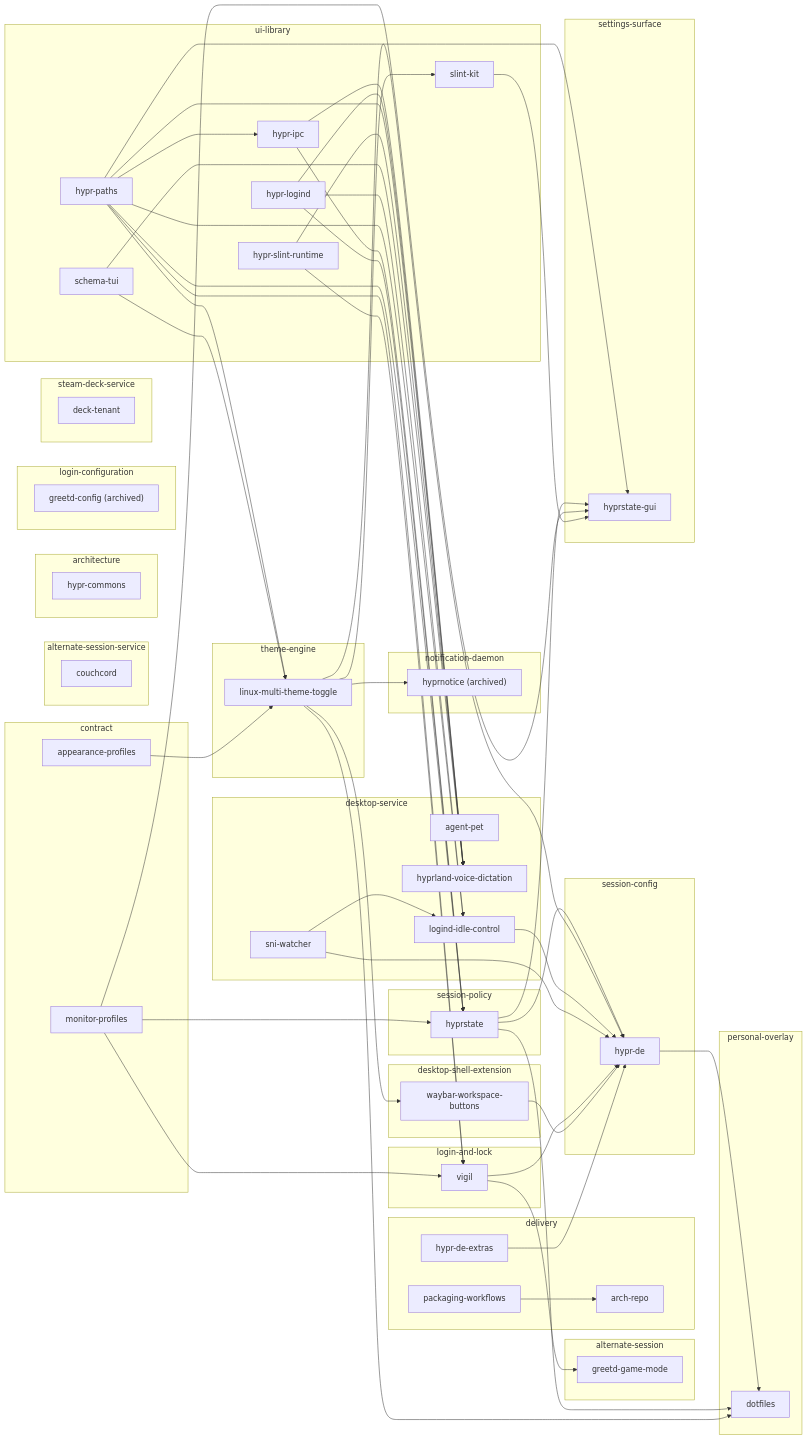
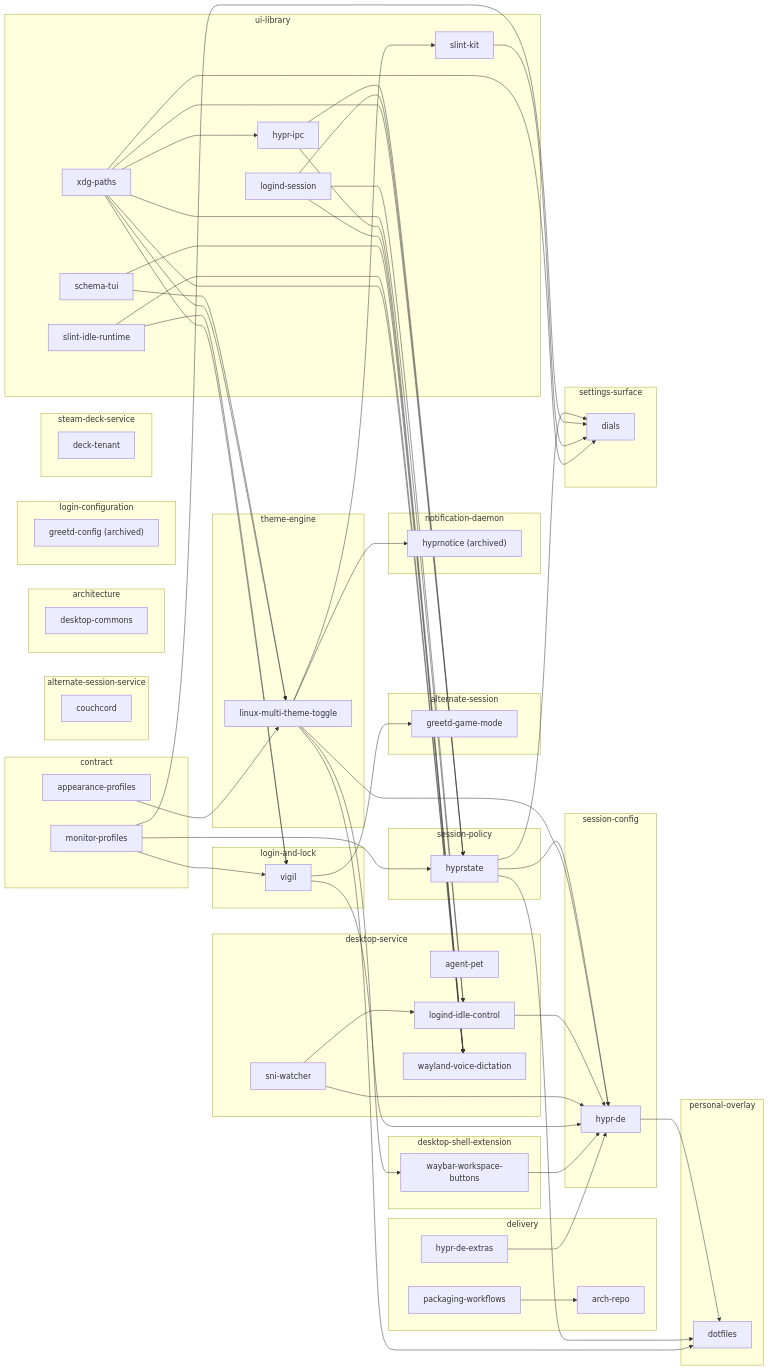
Before and after one commit to MasonRhodesDev/desktop-commons: the diagram in docs/ECOSYSTEM.md, drawn with Mermaid. The commit also changed other lines of this file and 39 other files, not shown here.

First line of the commit message:
rename to desktop-commons; ADR 0005: dials settings window and the naming rule

````diff
--- a/docs/ECOSYSTEM.md
+++ b/docs/ECOSYSTEM.md
@@ -13,7 +13,7 @@
         repo_couchcord["couchcord"]
     end
     subgraph role_architecture["architecture"]
-        repo_hypr_commons["hypr-commons"]
+        repo_desktop_commons["desktop-commons"]
     end
     subgraph role_contract["contract"]
         repo_appearance_profiles["appearance-profiles"]
@@ -26,9 +26,9 @@
     end
     subgraph role_desktop_service["desktop-service"]
         repo_agent_pet["agent-pet"]
-        repo_hyprland_voice_dictation["hyprland-voice-dictation"]
         repo_logind_idle_control["logind-idle-control"]
         repo_sni_watcher["sni-watcher"]
+        repo_wayland_voice_dictation["wayland-voice-dictation"]
     end
     subgraph role_desktop_shell_extension["desktop-shell-extension"]
         repo_waybar_workspace_buttons["waybar-workspace-buttons"]
@@ -52,7 +52,7 @@
         repo_hyprstate["hyprstate"]
     end
     subgraph role_settings_surface["settings-surface"]
-        repo_hyprstate_gui["hyprstate-gui"]
+        repo_dials["dials"]
     end
     subgraph role_steam_deck_service["steam-deck-service"]
         repo_deck_tenant["deck-tenant"]
@@ -62,13 +62,17 @@
     end
     subgraph role_ui_library["ui-library"]
         repo_hypr_ipc["hypr-ipc"]
-        repo_hypr_logind["hypr-logind"]
-        repo_hypr_paths["hypr-paths"]
-        repo_hypr_slint_runtime["hypr-slint-runtime"]
+        repo_logind_session["logind-session"]
         repo_schema_tui["schema-tui"]
+        repo_slint_idle_runtime["slint-idle-runtime"]
         repo_slint_kit["slint-kit"]
+        repo_xdg_paths["xdg-paths"]
     end
     repo_packaging_workflows --> repo_arch_repo
+    repo_hyprstate --> repo_dials
+    repo_monitor_profiles --> repo_dials
+    repo_slint_kit --> repo_dials
+    repo_xdg_paths --> repo_dials
     repo_hypr_de --> repo_dotfiles
     repo_hyprstate --> repo_dotfiles
     repo_linux_multi_theme_toggle --> repo_dotfiles
@@ -80,30 +84,26 @@
     repo_sni_watcher --> repo_hypr_de
     repo_vigil --> repo_hypr_de
     repo_waybar_workspace_buttons --> repo_hypr_de
-    repo_hypr_paths --> repo_hypr_ipc
-    repo_hypr_ipc --> repo_hyprland_voice_dictation
-    repo_hypr_logind --> repo_hyprland_voice_dictation
-    repo_hypr_paths --> repo_hyprland_voice_dictation
-    repo_hypr_slint_runtime --> repo_hyprland_voice_dictation
-    repo_schema_tui --> repo_hyprland_voice_dictation
+    repo_xdg_paths --> repo_hypr_ipc
     repo_linux_multi_theme_toggle --> repo_hyprnotice
     repo_hypr_ipc --> repo_hyprstate
-    repo_hypr_logind --> repo_hyprstate
-    repo_hypr_paths --> repo_hyprstate
+    repo_logind_session --> repo_hyprstate
     repo_monitor_profiles --> repo_hyprstate
-    repo_hypr_paths --> repo_hyprstate_gui
-    repo_hyprstate --> repo_hyprstate_gui
-    repo_monitor_profiles --> repo_hyprstate_gui
-    repo_slint_kit --> repo_hyprstate_gui
+    repo_xdg_paths --> repo_hyprstate
     repo_appearance_profiles --> repo_linux_multi_theme_toggle
-    repo_hypr_paths --> repo_linux_multi_theme_toggle
     repo_schema_tui --> repo_linux_multi_theme_toggle
-    repo_hypr_logind --> repo_logind_idle_control
-    repo_hypr_paths --> repo_logind_idle_control
+    repo_xdg_paths --> repo_linux_multi_theme_toggle
+    repo_logind_session --> repo_logind_idle_control
     repo_sni_watcher --> repo_logind_idle_control
+    repo_xdg_paths --> repo_logind_idle_control
     repo_linux_multi_theme_toggle --> repo_slint_kit
-    repo_hypr_paths --> repo_vigil
-    repo_hypr_slint_runtime --> repo_vigil
     repo_monitor_profiles --> repo_vigil
+    repo_slint_idle_runtime --> repo_vigil
+    repo_xdg_paths --> repo_vigil
     repo_linux_multi_theme_toggle --> repo_waybar_workspace_buttons
+    repo_hypr_ipc --> repo_wayland_voice_dictation
+    repo_logind_session --> repo_wayland_voice_dictation
+    repo_schema_tui --> repo_wayland_voice_dictation
+    repo_slint_idle_runtime --> repo_wayland_voice_dictation
+    repo_xdg_paths --> repo_wayland_voice_dictation
 ```
````
